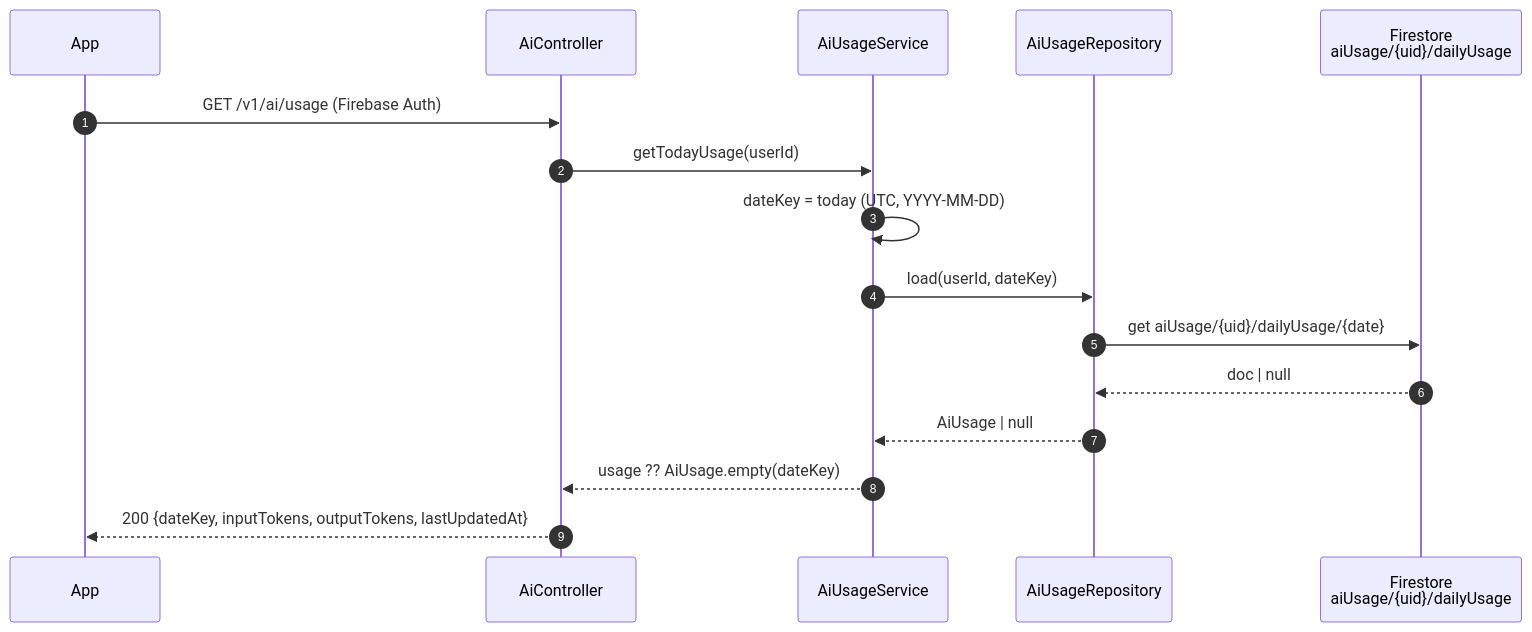
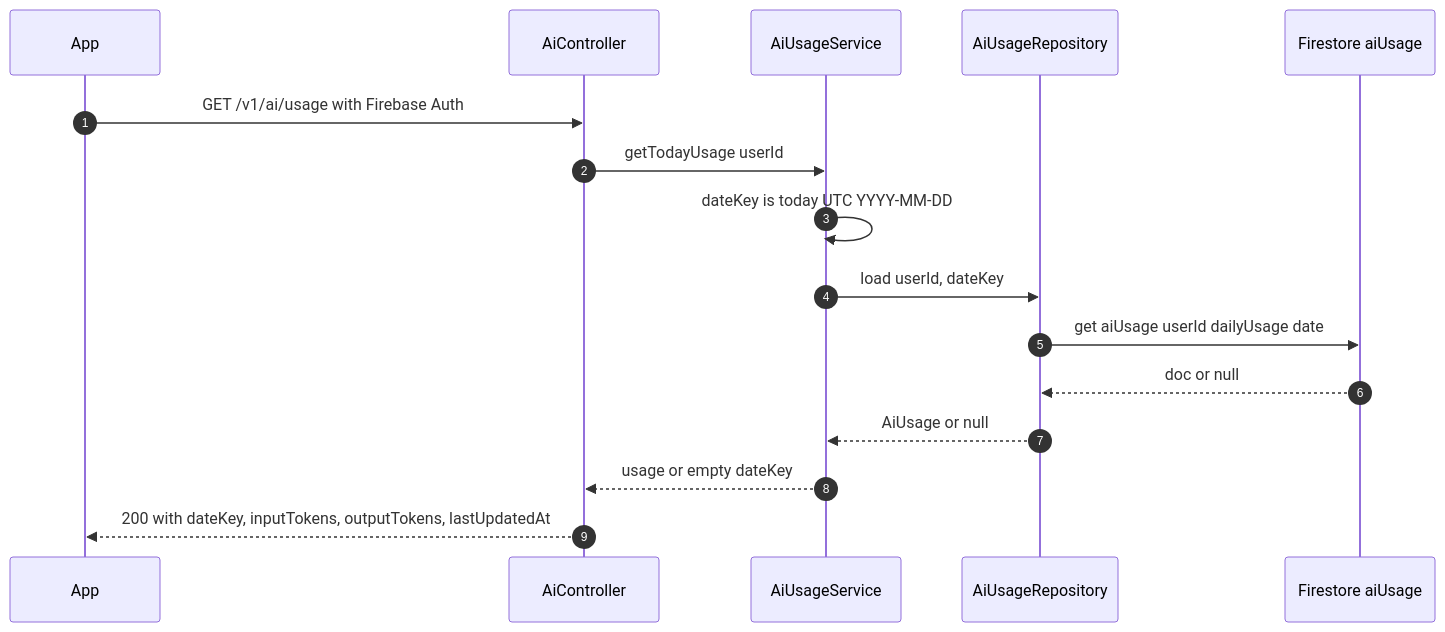
Before and after one commit to sudopark/TodoCalendar-Functions: the third of 3 diagrams in docs/spec/aiFront.md, drawn with Mermaid. The commit also changed other lines of this file, not shown here.

First line of the commit message:
docs/spec/aiFront — 시퀀스 다이어그램 GitHub mermaid 호환 정비

````diff
--- a/docs/spec/aiFront.md
+++ b/docs/spec/aiFront.md
@@ -227,19 +211,18 @@
 ```mermaid
 sequenceDiagram
     autonumber
     participant App
     participant Ctrl as AiController
-    participant UsageSvc as AiUsageService
+    participant Usage as AiUsageService
     participant URepo as AiUsageRepository
-    participant FS as Firestore<br/>aiUsage/{uid}/dailyUsage
-
-    App->>Ctrl: GET /v1/ai/usage (Firebase Auth)
-    Ctrl->>UsageSvc: getTodayUsage(userId)
-    UsageSvc->>UsageSvc: dateKey = today (UTC, YYYY-MM-DD)
-    UsageSvc->>URepo: load(userId, dateKey)
-    URepo->>FS: get aiUsage/{uid}/dailyUsage/{date}
-    FS-->>URepo: doc | null
-    URepo-->>UsageSvc: AiUsage | null
-    UsageSvc-->>Ctrl: usage ?? AiUsage.empty(dateKey)
-    Ctrl-->>App: 200 {dateKey, inputTokens, outputTokens, lastUpdatedAt}
+    participant FS as Firestore aiUsage
+    App->>Ctrl: GET /v1/ai/usage with Firebase Auth
+    Ctrl->>Usage: getTodayUsage userId
+    Usage->>Usage: dateKey is today UTC YYYY-MM-DD
+    Usage->>URepo: load userId, dateKey
+    URepo->>FS: get aiUsage userId dailyUsage date
+    FS-->>URepo: doc or null
+    URepo-->>Usage: AiUsage or null
+    Usage-->>Ctrl: usage or empty dateKey
+    Ctrl-->>App: 200 with dateKey, inputTokens, outputTokens, lastUpdatedAt
 ```
````
